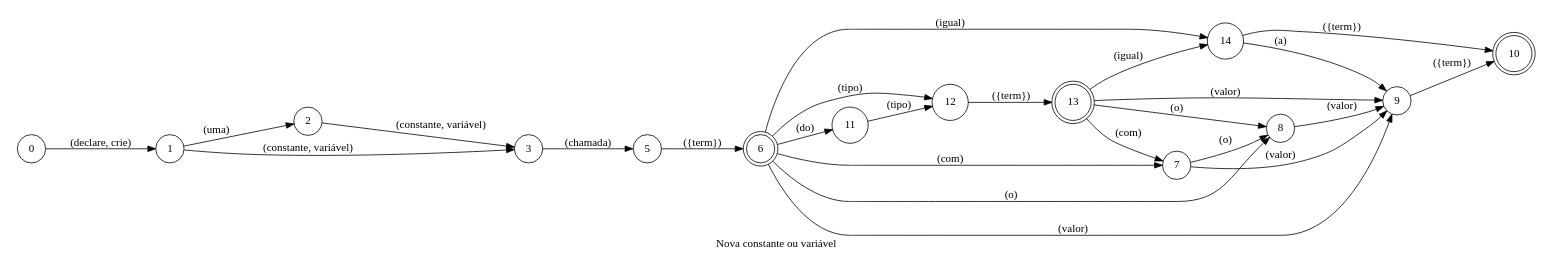
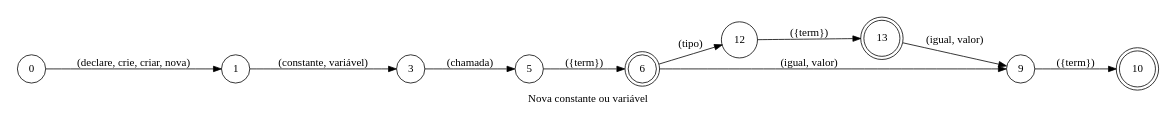
One commit to pedrooaugusto/speech-to-code changed the diagram in spoken/src/modules/typescript/declare_variable/phrase_pt-BR.dot. Above: the diagram before and after it, drawn with Graphviz. The commit also changed 24 other files, not shown here.

```diff
--- a/spoken/src/modules/typescript/declare_variable/phrase_pt-BR.dot
+++ b/spoken/src/modules/typescript/declare_variable/phrase_pt-BR.dot
@@ -1,28 +1,22 @@
 digraph DeclareVariable {
     id="declare_variable";
     label="Nova constante ou variável";
     lang="pt-BR";
     langName="Portugês";
     pad="0.2";
     rankdir=LR;
     node[shape=doublecircle]; 6 13 10;
     node[shape=circle];
 
-    0 -> 1 [label=" (declare, crie)"];
-    1 -> 2 [label=" (uma)"];
-    {1 2} -> 3 [label=" (constante, variável)", store=memType];
+    0 -> 1 [label=" (declare, crie, criar, nova)"];
+    1 -> 3 [label=" (constante, variável)", store=memType];
     3 -> 5 [label=" (chamada)"];
     5 -> 6 [label=" ({term})", store=name];
-    6 -> 11 [label=" (do)"];
-    {11 6} -> 12 [label=" (tipo)"];
+    6 -> 12 [label=" (tipo)"];
     12 -> 13 [label=" ({term})", store=type, normalizer=jsCommonTypes];
-    {6 13} -> 14 [label=" (igual)"];
-    14 -> 9 [label=" (a)"];
-    {13 6} -> 7 [label=" (com)"];
-    {6 13 7} -> 8 [label=" (o)"];
-    {8 6 13 7} -> 9 [label=" (valor)"];
-    {9 14} -> 10 [label=" ({term})", store=value];
+    {6 13} -> 9 [label=" (igual, valor)"];
+    9 -> 10 [label=" ({term})", store=value];
 
     title="Nova constante ou variável";
     desc="Declara uma nova constante ou variável na linha atual";
 }
```
